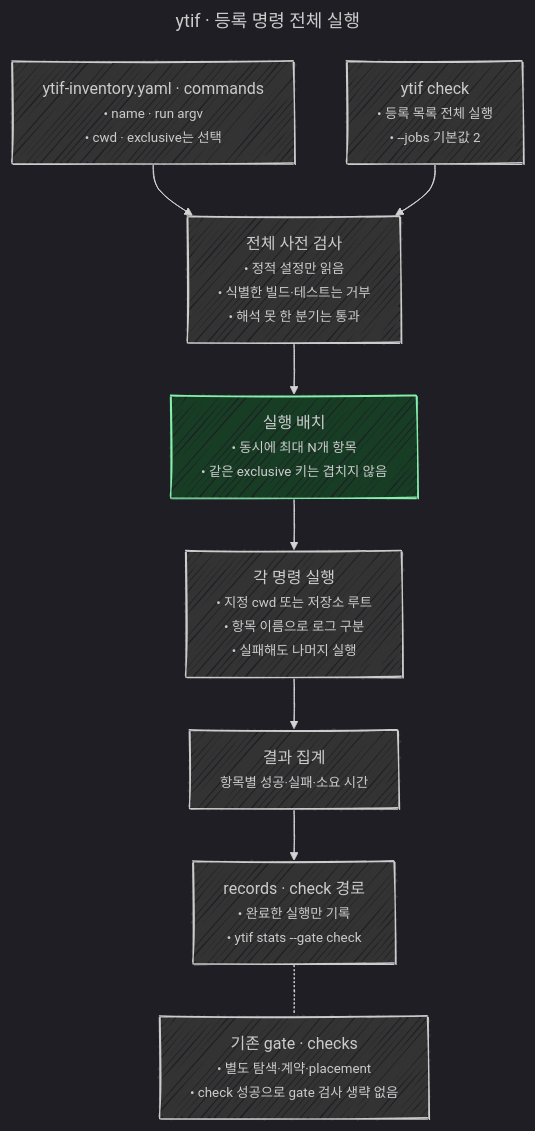
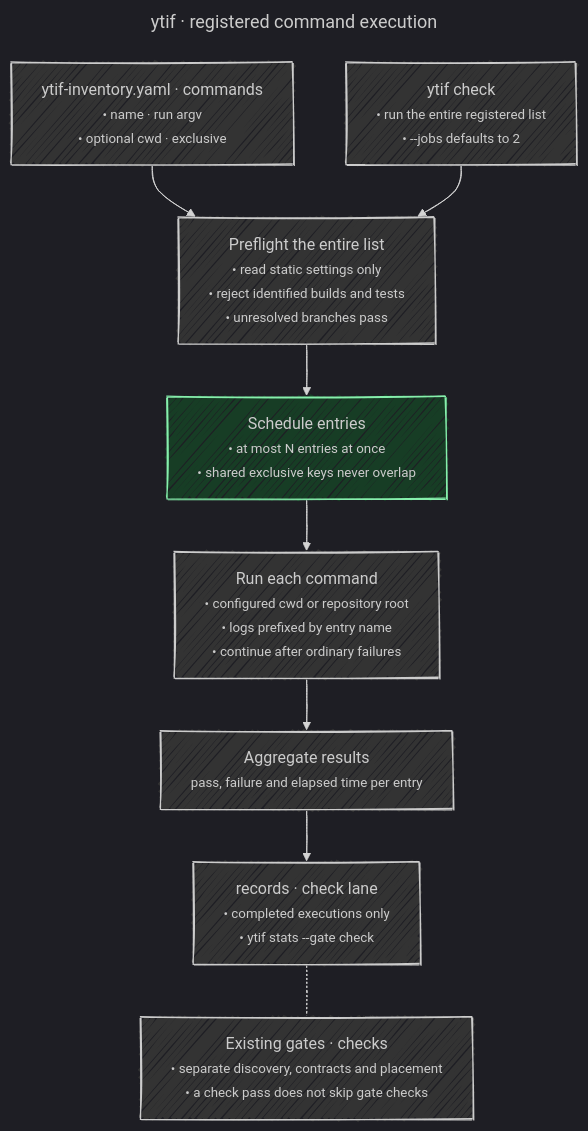
The diagram in blueprint/check.mermaid (undervoke/ytif), drawn with Mermaid before and after one commit. The commit also changed 3 other files, not shown here.

```diff
--- a/blueprint/check.mermaid
+++ b/blueprint/check.mermaid
@@ -1,33 +1,33 @@
 ---
-title: ytif · 등록 명령 전체 실행
+title: ytif · registered command execution
 config:
   look: handDrawn
   handDrawnSeed: 5
   theme: dark
   themeVariables:
     mainBkg: "#333333"
     clusterBkg: "#242424"
   themeCSS: |
     small { display: inline-block; text-align: left; }
   flowchart:
     wrappingWidth: 300
 ---
 %% Behavior authority: README.md (Pre-gate commands), internal/cli/cli.go (runCheck), internal/inventory/inventory.go (Commands), internal/checkrun, internal/guard/scripts.go (Inspect), internal/gateconf/build.go, internal/proc, internal/record.
 %% Preflight inspects every registration before starting any. It follows bounded literal shell/package scripts and static TypeScript/Nx settings; Nx affected covers all non-excluded declared projects. Unknown branches pass; admission cannot prove arbitrary code free of hidden builds/tests.
 %% Gates, self-recursion and ytif allow are rejected to preserve the gate and user-allowance boundaries. This lane does not change the agent guard's predicate or execute inventory prepare/discovery.
 %% The scheduler acquires all exclusive tokens atomically. Tokens prevent overlap, not dependencies, ordering or semantic duplication. --jobs bounds top-level entries, not child tool workers.
 %% Ordinary failures do not stop other entries. Ctrl-C cancels running process groups and pending entries; interrupted/unstarted entries produce no completed record. Config/admission/recording errors exit 2, command failure/interruption exits 1, otherwise 0.
 flowchart TB
-  Config["ytif-inventory.yaml · commands<br/><small>• name · run argv<br/>• cwd · exclusive는 선택</small>"]
-  Call["ytif check<br/><small>• 등록 목록 전체 실행<br/>• --jobs 기본값 2</small>"]
-  Inspect["전체 사전 검사<br/><small>• 정적 설정만 읽음<br/>• 식별한 빌드·테스트는 거부<br/>• 해석 못 한 분기는 통과</small>"]
-  Schedule["실행 배치<br/><small>• 동시에 최대 N개 항목<br/>• 같은 exclusive 키는 겹치지 않음</small>"]
-  Execute["각 명령 실행<br/><small>• 지정 cwd 또는 저장소 루트<br/>• 항목 이름으로 로그 구분<br/>• 실패해도 나머지 실행</small>"]
-  Result["결과 집계<br/><small>항목별 성공·실패·소요 시간</small>"]
-  Records["records · check 경로<br/><small>• 완료한 실행만 기록<br/>• ytif stats --gate check</small>"]
-  Gates["기존 gate · checks<br/><small>• 별도 탐색·계약·placement<br/>• check 성공으로 gate 검사 생략 없음</small>"]
+  Config["ytif-inventory.yaml · commands<br/><small>• name · run argv<br/>• optional cwd · exclusive</small>"]
+  Call["ytif check<br/><small>• run the entire registered list<br/>• --jobs defaults to 2</small>"]
+  Inspect["Preflight the entire list<br/><small>• read static settings only<br/>• reject identified builds and tests<br/>• unresolved branches pass</small>"]
+  Schedule["Schedule entries<br/><small>• at most N entries at once<br/>• shared exclusive keys never overlap</small>"]
+  Execute["Run each command<br/><small>• configured cwd or repository root<br/>• logs prefixed by entry name<br/>• continue after ordinary failures</small>"]
+  Result["Aggregate results<br/><small>pass, failure and elapsed time per entry</small>"]
+  Records["records · check lane<br/><small>• completed executions only<br/>• ytif stats --gate check</small>"]
+  Gates["Existing gates · checks<br/><small>• separate discovery, contracts and placement<br/>• a check pass does not skip gate checks</small>"]
   Config --> Inspect
   Call --> Inspect --> Schedule --> Execute --> Result --> Records
   Records -.- Gates
   classDef em fill:#173d25,stroke:#86efac
   class Schedule em
```
